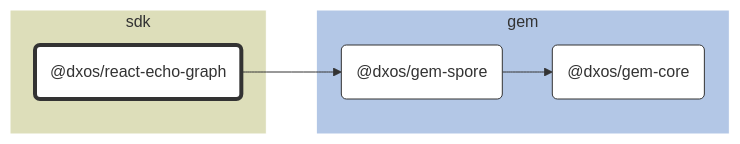
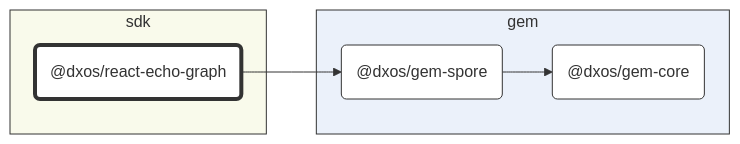
Before and after one commit to dxos/dxos: the diagram in packages/sdk/react-echo-graph/docs/README.md, drawn with Mermaid. The commit also changed 93 other files, not shown here.

First line of the commit message:
chore: hierarchical graphs. (#1583)

````diff
--- a/packages/sdk/react-echo-graph/docs/README.md
+++ b/packages/sdk/react-echo-graph/docs/README.md
@@ -7,30 +7,30 @@
 ```mermaid
 %%{ init: {'flowchart':{'curve':'basis'}} }%%
 
 flowchart LR
 
 %% Classes
 classDef def fill:#fff,stroke:#333,stroke-width:1px
 classDef root fill:#fff,stroke:#333,stroke-width:4px
 
 %% Nodes
 
 subgraph sdk [sdk]
-  style sdk fill:#dddeba,stroke:#fff
+  style sdk fill:#f9faeb,stroke:#333
   dxos/react-echo-graph("@dxos/react-echo-graph"):::root
   click dxos/react-echo-graph "dxos/dxos/tree/main/packages/sdk/react-echo-graph/docs"
 end
 
 subgraph gem [gem]
-  style gem fill:#b3c7e6,stroke:#fff
+  style gem fill:#ebf1fa,stroke:#333
   dxos/gem-core("@dxos/gem-core"):::def
   click dxos/gem-core "dxos/dxos/tree/main/packages/gem/gem-core/docs"
   dxos/gem-spore("@dxos/gem-spore"):::def
   click dxos/gem-spore "dxos/dxos/tree/main/packages/gem/gem-spore/docs"
 end
 
 %% Links
 linkStyle default stroke:#333,stroke-width:1px
 dxos/react-echo-graph --> dxos/gem-spore
 dxos/gem-spore --> dxos/gem-core
 ```
````
